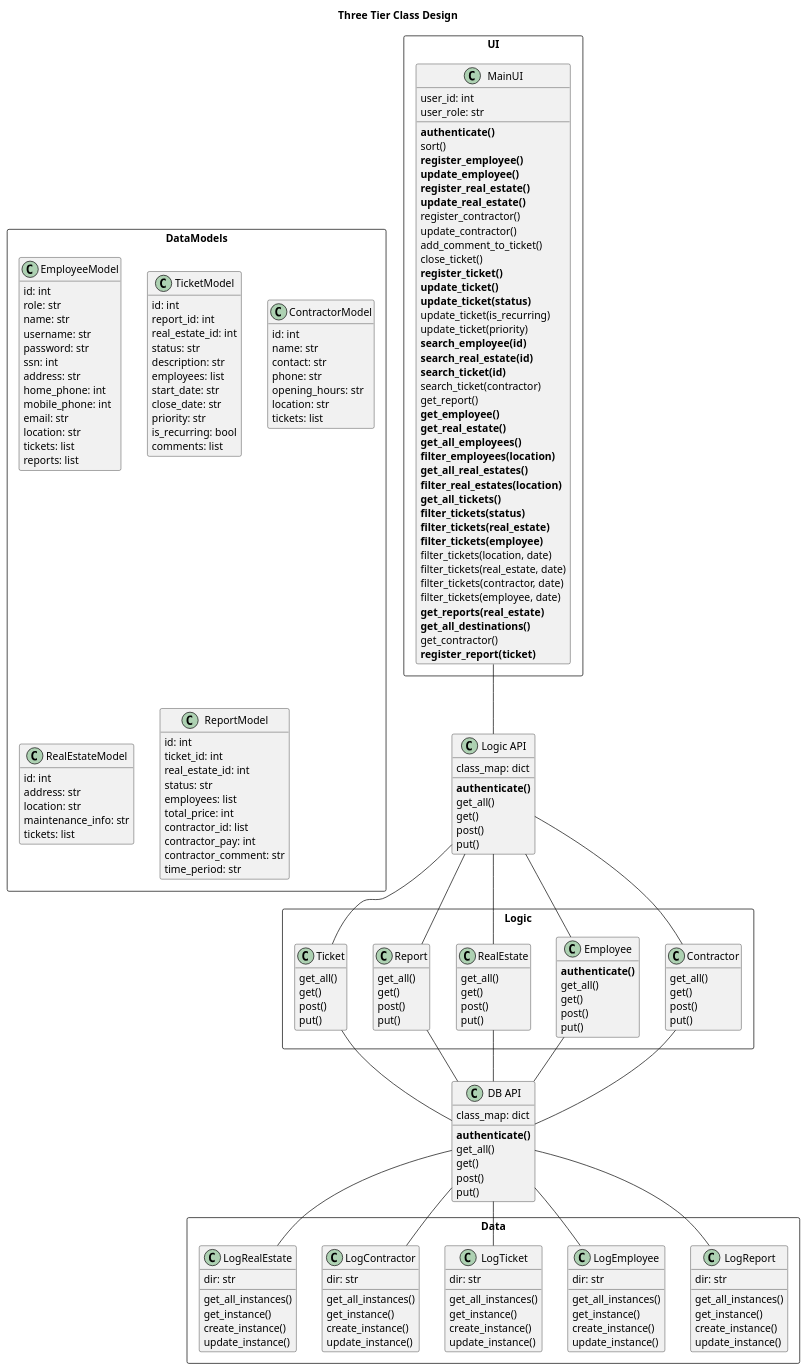
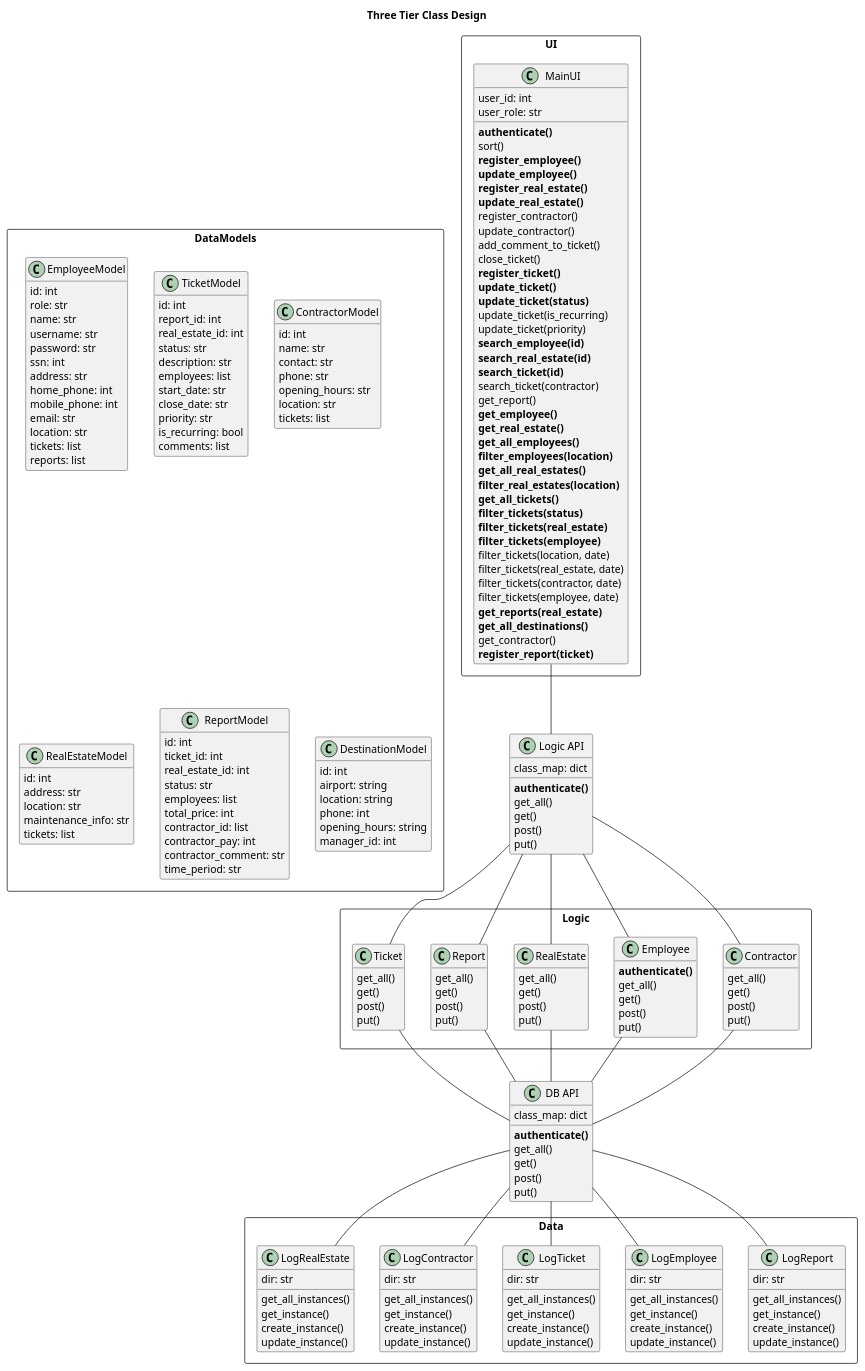
Before and after one commit to unnar19/pepsi-max: the diagram in design/class_diagrams/three_tier_II.puml, drawn with PlantUML.

```diff
--- a/design/class_diagrams/three_tier_II.puml
+++ b/design/class_diagrams/three_tier_II.puml
@@ -217,8 +217,6 @@
         priority: str
         is_recurring: bool
         comments: list
-
-
     }
     class ContractorModel{
         id: int
@@ -235,8 +233,6 @@
         location: str
         maintenance_info: str
         tickets: list
-
-
     }
     class ReportModel{
         id: int
@@ -250,6 +246,15 @@
         contractor_comment: str
         time_period: str
     }
+    class DestinationModel {
+        id: int
+        airport: string
+        location: string
+        phone: int
+        opening_hours: string
+        manager_id: int
+
+    }
 
 
 }
```
